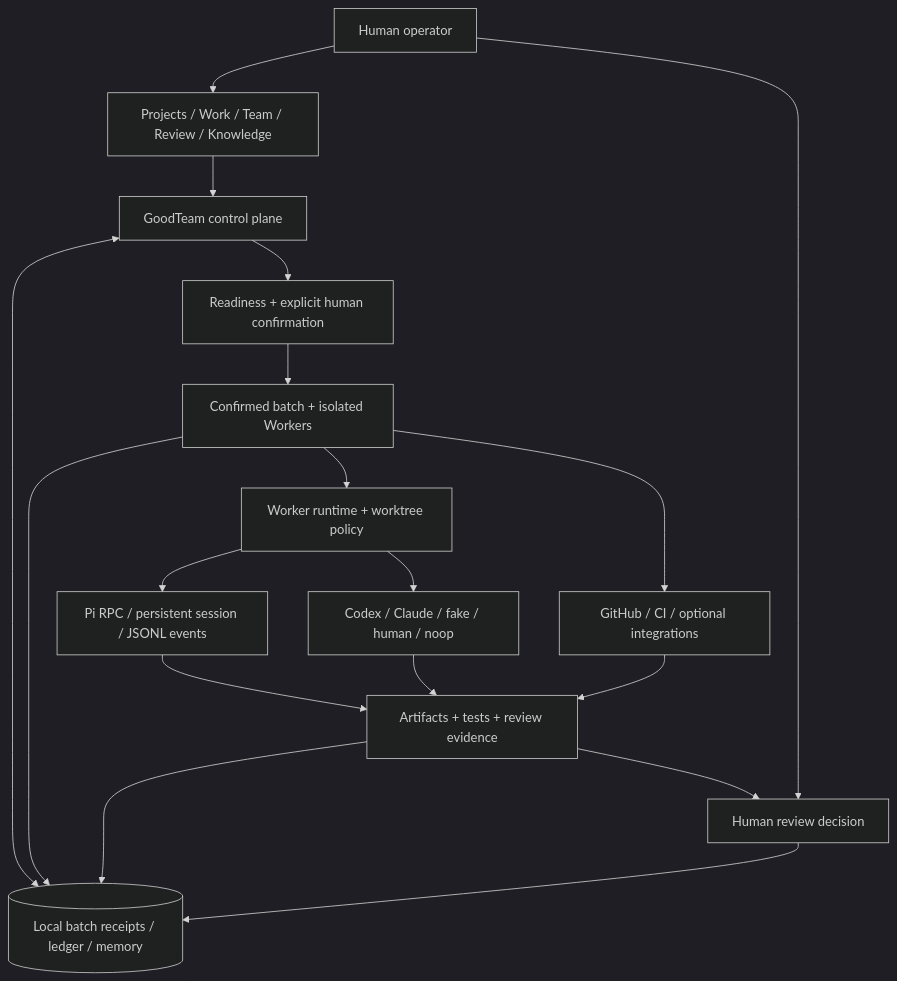
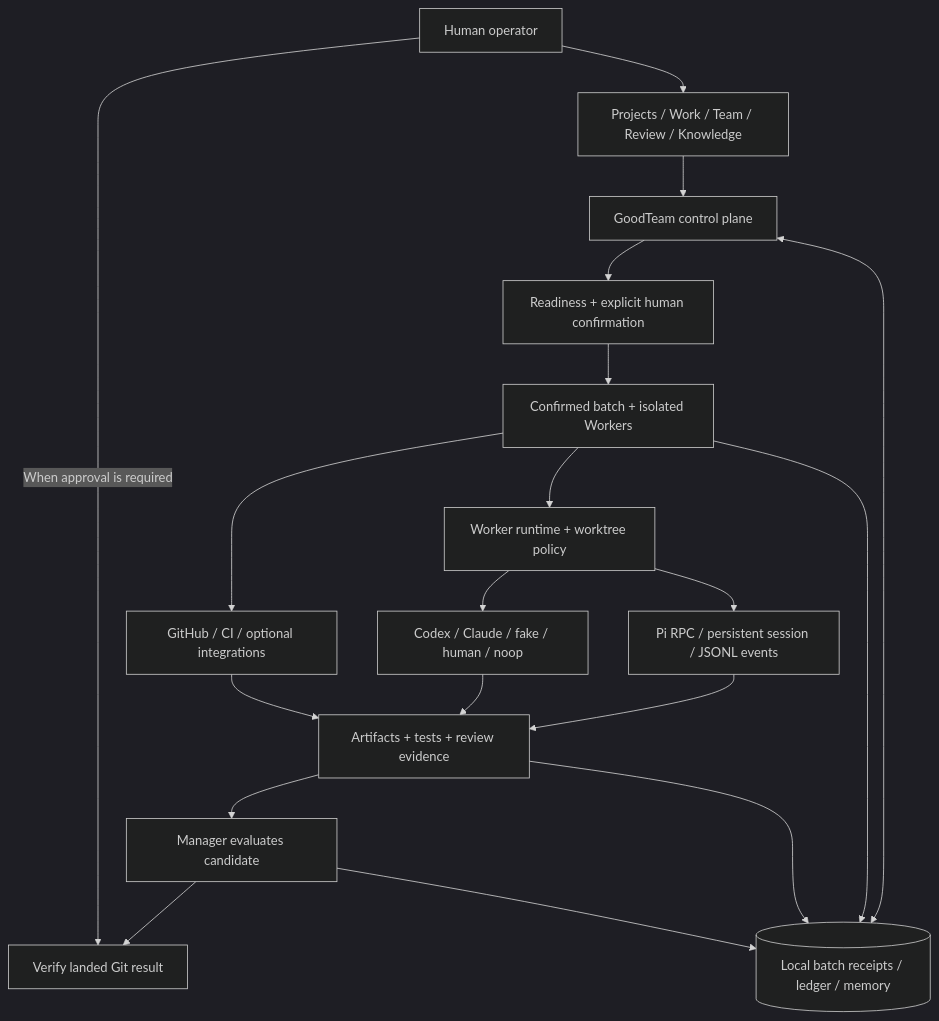
One commit to LukeJiaoR/GoodTeam changed the diagram in README.md. Above: the diagram before and after it, drawn with Mermaid (dark theme). The commit also changed other lines of this file and 8 other files, not shown here.

````diff
--- a/README.md
+++ b/README.md
@@ -85,20 +85,21 @@
 ```mermaid
 flowchart TB
     Human[Human operator] --> UI[Projects / Work / Team / Review / Knowledge]
     UI --> CP[GoodTeam control plane]
     CP --> Gate[Readiness + explicit human confirmation]
     Gate --> Batch[Confirmed batch + isolated Workers]
     Batch --> Runtime[Worker runtime + worktree policy]
     Runtime --> Pi[Pi RPC / persistent session / JSONL events]
     Runtime --> Other[Codex / Claude / fake / human / noop]
     Pi --> Evidence[Artifacts + tests + review evidence]
     Other --> Evidence
     Batch --> Adapters[GitHub / CI / optional integrations]
     Adapters --> Evidence
-    Evidence --> Review[Human review decision]
-    Human --> Review
+    Evidence --> Review[Manager evaluates candidate]
+    Review --> Delivery[Verify landed Git result]
+    Human -->|When approval is required| Delivery
     CP <--> Store[(Local batch receipts / ledger / memory)]
     Batch --> Store
     Evidence --> Store
     Review --> Store
 ```
````
